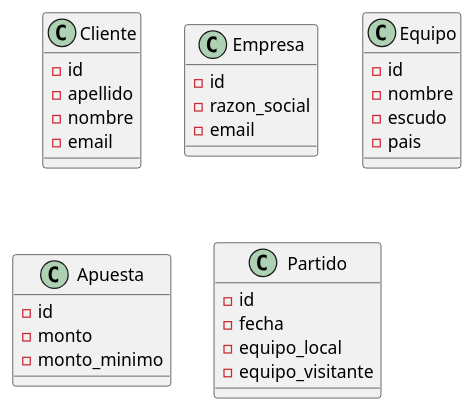
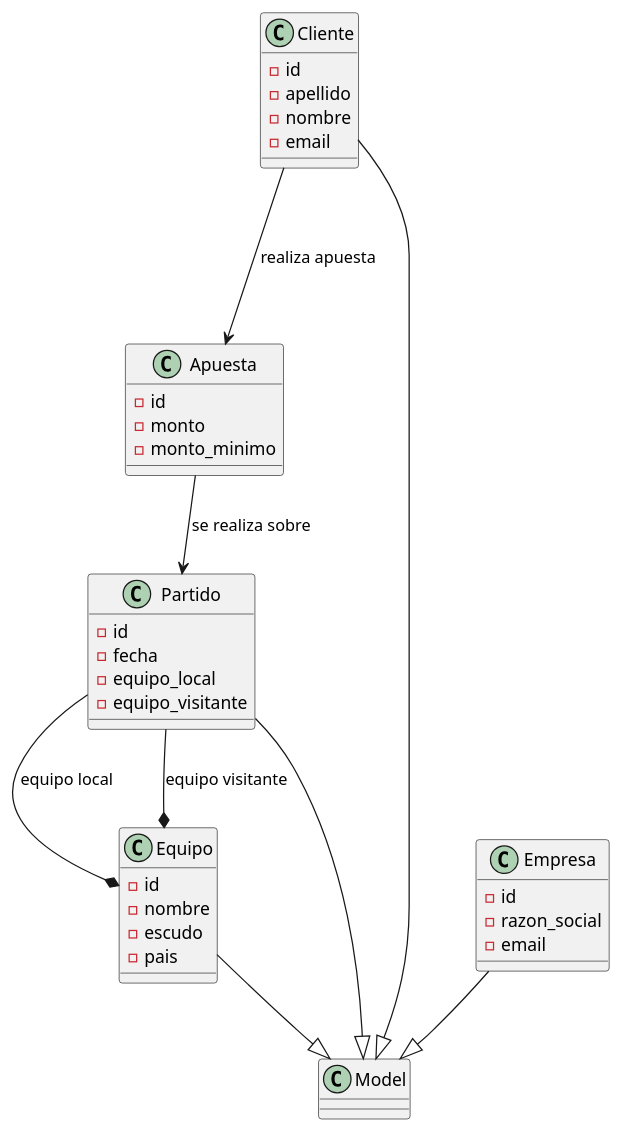
The diagram in docs/diagrama_de_clases.puml (Ollyxs/Bookmaker-DS), drawn with PlantUML before and after one commit. The commit also changed 14 other files, not shown here.

```diff
--- a/docs/diagrama_de_clases.puml
+++ b/docs/diagrama_de_clases.puml
@@ -1,37 +1,47 @@
 @startuml:
 class Cliente {
     - id
     - apellido
     - nombre 
     - email
 }
 
 class Empresa {
     - id
     - razon_social
     - email
 }
 
 class Equipo {
     - id
     - nombre
     - escudo
     - pais
 }
 
 
 class Apuesta {
     - id
     - monto 
     - monto_minimo
 }
 
 class Partido {
     - id
     - fecha
     - equipo_local
     - equipo_visitante
     
 }
 
+Partido --* Equipo: equipo local
+Partido --* Equipo: equipo visitante
+
+Cliente ---> Apuesta: realiza apuesta
+Cliente --|> Model
+Empresa --|> Model
+Equipo --|> Model
+Partido --|> Model
+
+Apuesta --> Partido: se realiza sobre
 @enduml
```
